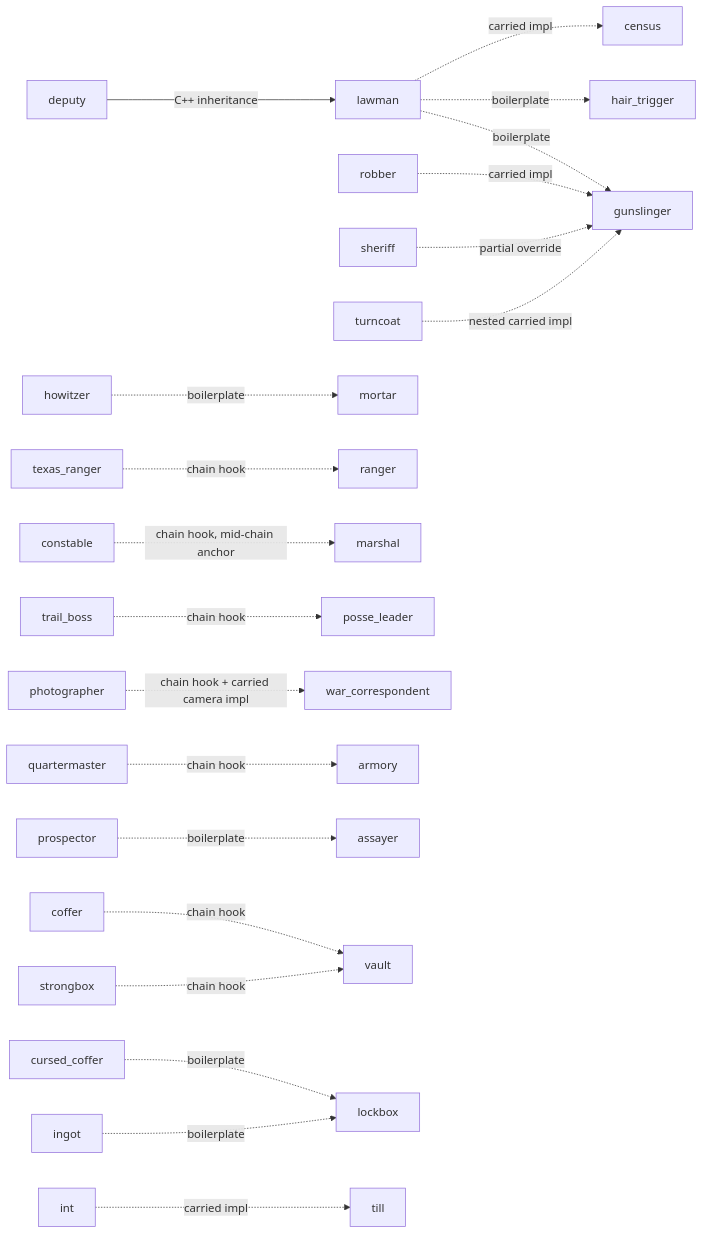
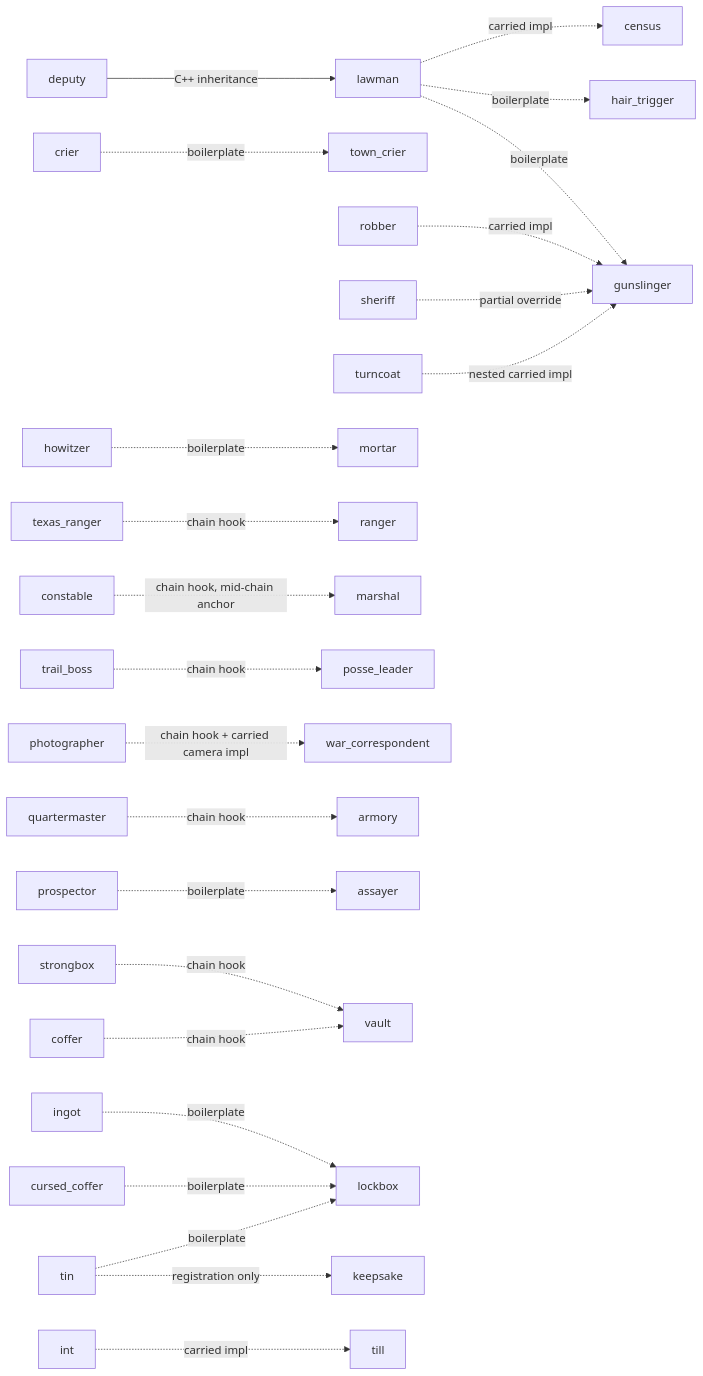
Before and after one commit to stevensudit/Corvid: the eighth of 8 diagrams in corvid/meta/invoke/proxy.md, drawn with Mermaid. The commit also changed other lines of this file and 4 other files, not shown here.

````diff
--- a/corvid/meta/invoke/proxy.md
+++ b/corvid/meta/invoke/proxy.md
@@ -1930,21 +1953,24 @@
 ```mermaid
 flowchart LR
     lawman -.->|boilerplate| gunslinger & hair_trigger
     lawman -.->|carried impl| census
+    crier -.->|boilerplate| town_crier
     deputy -->|C++ inheritance| lawman
     robber -.->|carried impl| gunslinger
     sheriff -.->|partial override| gunslinger
     turncoat -.->|nested carried impl| gunslinger
     howitzer -.->|boilerplate| mortar
     texas_ranger -.->|chain hook| ranger
     constable -.->|"chain hook, mid-chain anchor"| marshal
     trail_boss -.->|chain hook| posse_leader
     photographer -.->|"chain hook + carried camera impl"| war_correspondent
     quartermaster -.->|chain hook| armory
     prospector -.->|boilerplate| assayer
     strongbox -.->|chain hook| vault
     coffer -.->|chain hook| vault
     ingot -.->|boilerplate| lockbox
     cursed_coffer -.->|boilerplate| lockbox
+    tin -.->|boilerplate| lockbox
+    tin -.->|registration only| keepsake
     int -.->|carried impl| till
 ```
````
